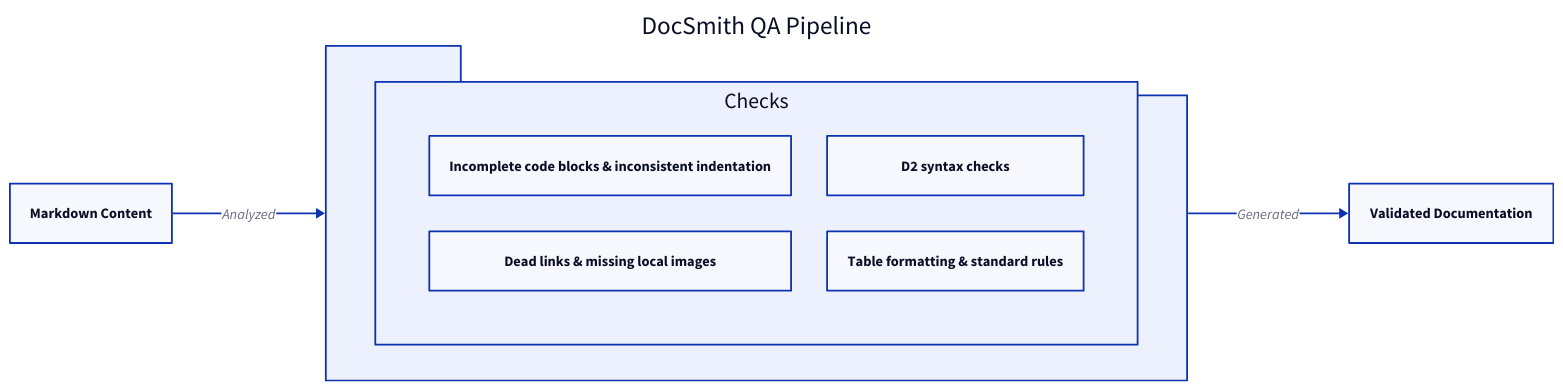
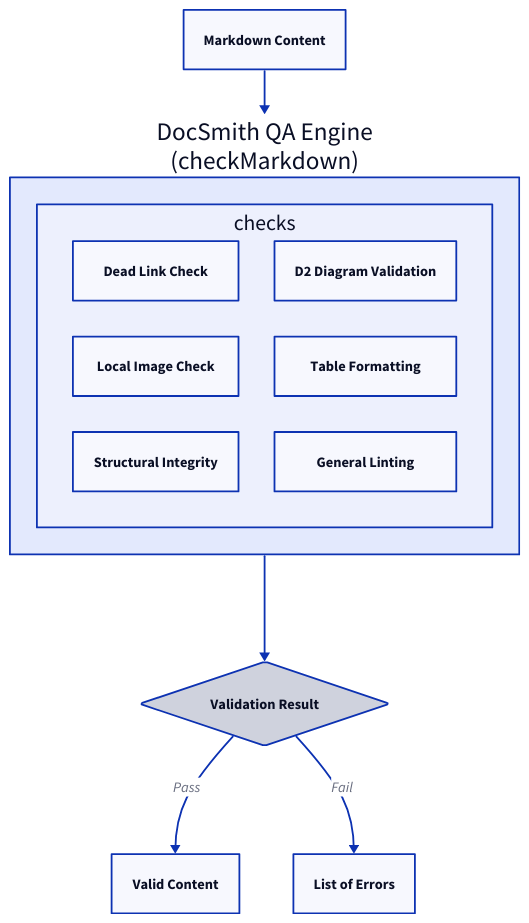
One commit to AIGNE-io/aigne-doc-smith changed the diagram in docs/advanced-quality-assurance.md. Above: the diagram before and after it, drawn with D2. The commit also changed other lines of this file and 39 other files, not shown here.

````diff
--- a/docs/advanced-quality-assurance.md
+++ b/docs/advanced-quality-assurance.md
@@ -11,22 +32,38 @@
-```d2
-direction: right
+```d2 The DocSmith QA Pipeline
+direction: down
 
-Input: "Markdown Content"
+markdown-content: {
+  label: "Markdown Content"
+  shape: rectangle
+}
 
-QA_Pipeline: "DocSmith QA Pipeline" {
-  shape: package
-  
-  Checks: {
+qa-engine: {
+  label: "DocSmith QA Engine\n(checkMarkdown)"
+  shape: rectangle
+
+  checks: {
     grid-columns: 2
-    "Structural Integrity": "Incomplete code blocks & inconsistent indentation"
-    "Link & Asset Health": "Dead links & missing local images"
-    "Diagram Validation": "D2 syntax checks"
-    "Markdown Linting": "Table formatting & standard rules"
+    grid-gap: 40
+
+    link-check: "Dead Link Check"
+    image-check: "Local Image Check"
+    structure-check: "Structural Integrity"
+    diagram-check: "D2 Diagram Validation"
+    table-check: "Table Formatting"
+    lint-check: "General Linting"
   }
 }
 
-Output: "Validated Documentation"
+output: {
+  label: "Validation Result"
+  shape: diamond
+}
 
-Input -> QA_Pipeline: "Analyzed"
-QA_Pipeline -> Output: "Generated"
+success: "Valid Content"
+errors: "List of Errors"
+
+markdown-content -> qa-engine
+qa-engine -> output
+output -> success: "Pass"
+output -> errors: "Fail"
 ```
````
